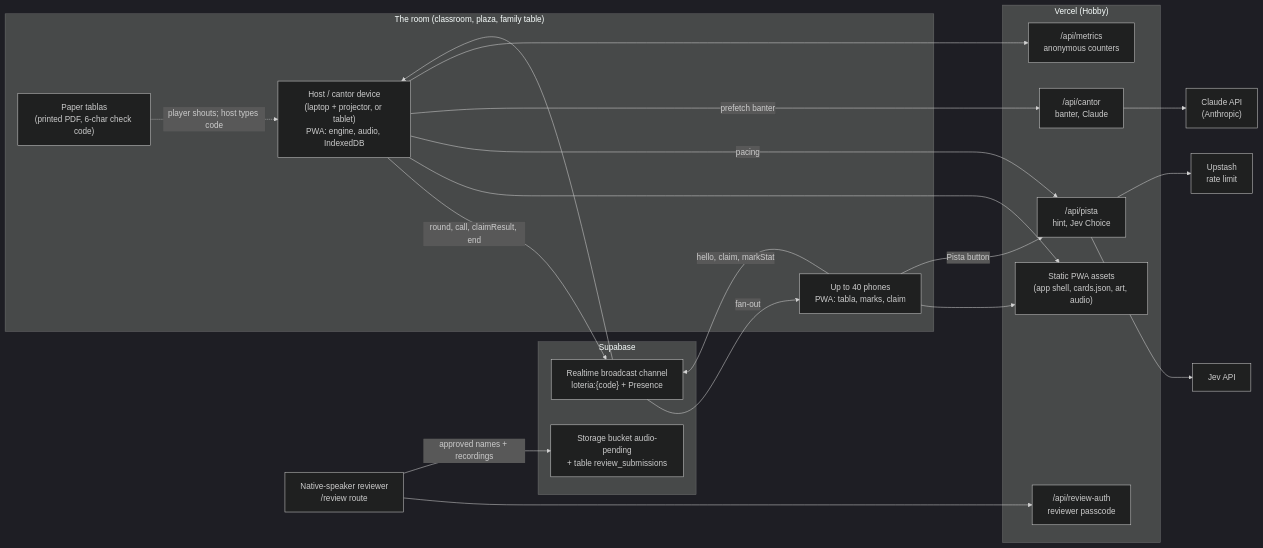
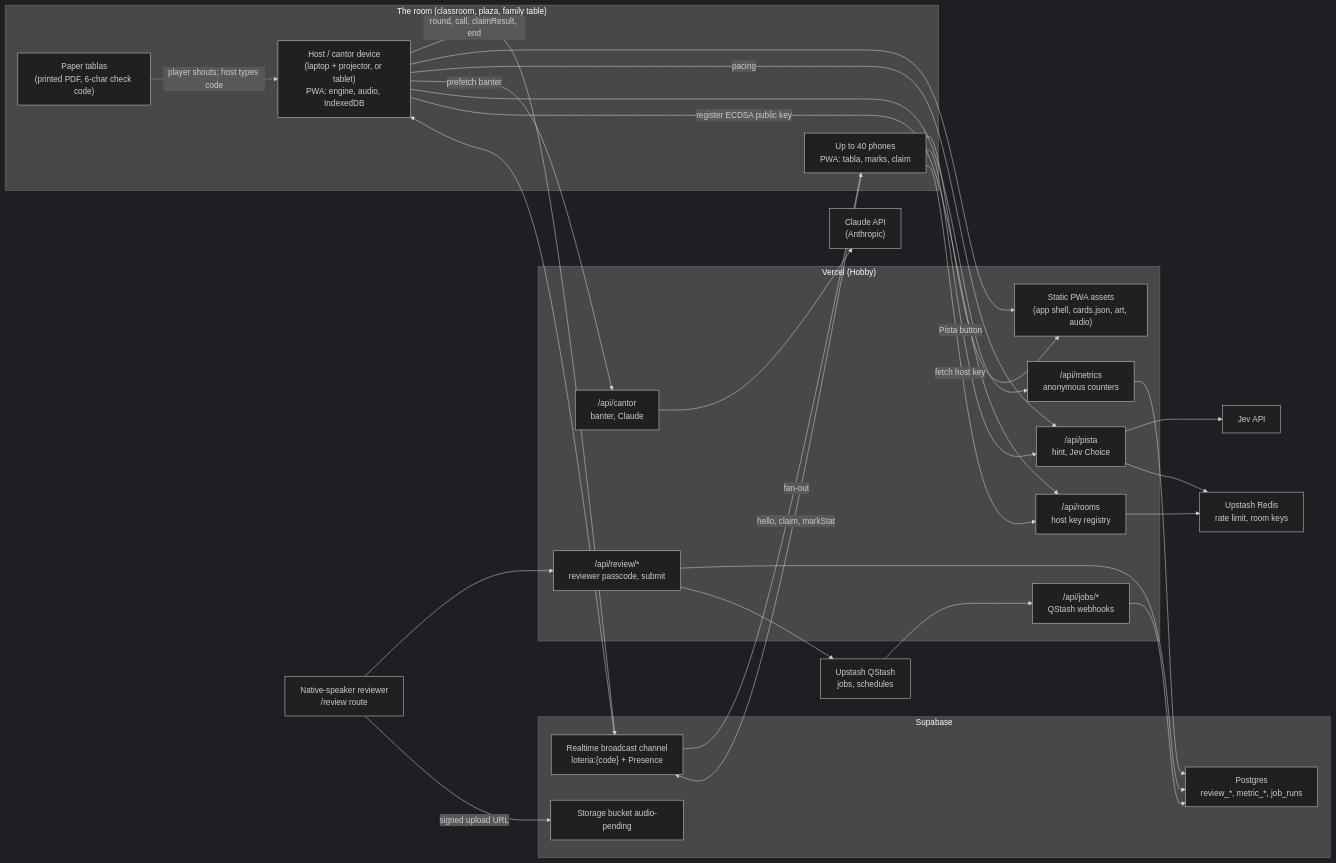
The diagram in docs/ARCHITECTURE.md (talacha/app.loteria.to), drawn with Mermaid (dark theme) before and after one commit. The commit also changed other lines of this file and 161 other files, not shown here.

First line of the commit message:
Add host, player, lobby, print and platform API

````diff
--- a/docs/ARCHITECTURE.md
+++ b/docs/ARCHITECTURE.md
@@ -42,44 +42,56 @@
 ```mermaid
 flowchart LR
   subgraph Room["The room (classroom, plaza, family table)"]
     Host["Host / cantor device<br/>(laptop + projector, or tablet)<br/>PWA: engine, audio, IndexedDB"]
     Phones["Up to 40 phones<br/>PWA: tabla, marks, claim"]
     Paper["Paper tablas<br/>(printed PDF, 6-char check code)"]
   end
 
   subgraph Vercel["Vercel (Hobby)"]
     Static["Static PWA assets<br/>(app shell, cards.json, art, audio)"]
     Pista["/api/pista<br/>hint, Jev Choice"]
     Cantor["/api/cantor<br/>banter, Claude"]
     Metrics["/api/metrics<br/>anonymous counters"]
-    ReviewAuth["/api/review-auth<br/>reviewer passcode"]
+    ReviewAuth["/api/review/*<br/>reviewer passcode, submit"]
+    Rooms["/api/rooms<br/>host key registry"]
+    Jobs["/api/jobs/*<br/>QStash webhooks"]
   end
 
   subgraph Supabase["Supabase"]
     RT["Realtime broadcast channel<br/>loteria:{code} + Presence"]
-    Storage["Storage bucket audio-pending<br/>+ table review_submissions"]
+    Storage["Storage bucket audio-pending"]
+    PG["Postgres<br/>review_*, metric_*, job_runs"]
   end
 
   Jev["Jev API"]
   Claude["Claude API<br/>(Anthropic)"]
-  Upstash["Upstash<br/>rate limit"]
+  Upstash["Upstash Redis<br/>rate limit, room keys"]
+  QStash["Upstash QStash<br/>jobs, schedules"]
 
   Host -- "round, call, claimResult, end" --> RT
   RT -- "fan-out" --> Phones
   Phones -- "hello, claim, markStat" --> RT
   RT --> Host
   Paper -. "player shouts; host types code" .-> Host
 
   Host --> Static
   Phones --> Static
   Phones -- "Pista button" --> Pista
   Host -- "pacing" --> Pista
   Host -- "prefetch banter" --> Cantor
   Host --> Metrics
   Pista --> Jev
   Cantor --> Claude
   Pista --> Upstash
+  Rooms --> Upstash
+  Host -- "register ECDSA public key" --> Rooms
+  Phones -- "fetch host key" --> Rooms
+  Metrics --> PG
+  ReviewAuth --> PG
+  ReviewAuth --> QStash
+  QStash --> Jobs
+  Jobs --> PG
 
   Reviewer["Native-speaker reviewer<br/>/review route"] --> ReviewAuth
-  Reviewer -- "approved names + recordings" --> Storage
+  Reviewer -- "signed upload URL" --> Storage
 ```
````
